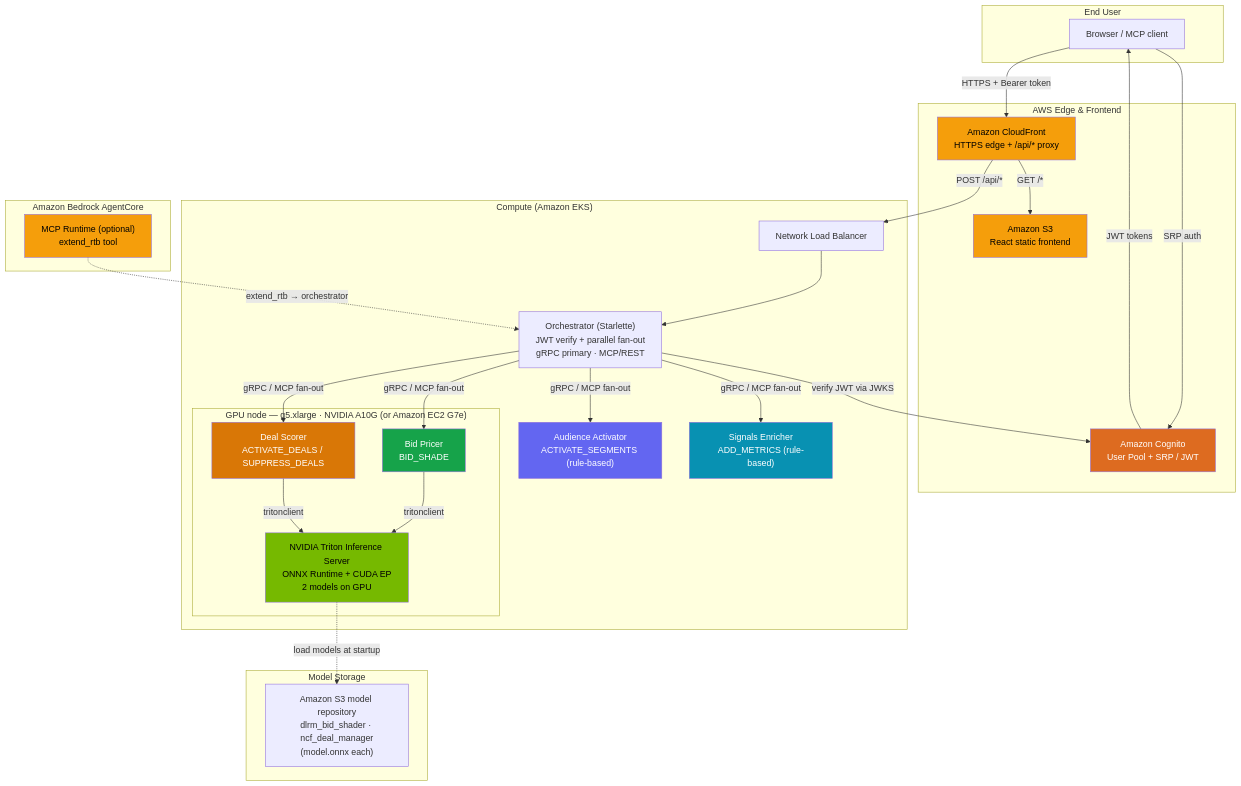
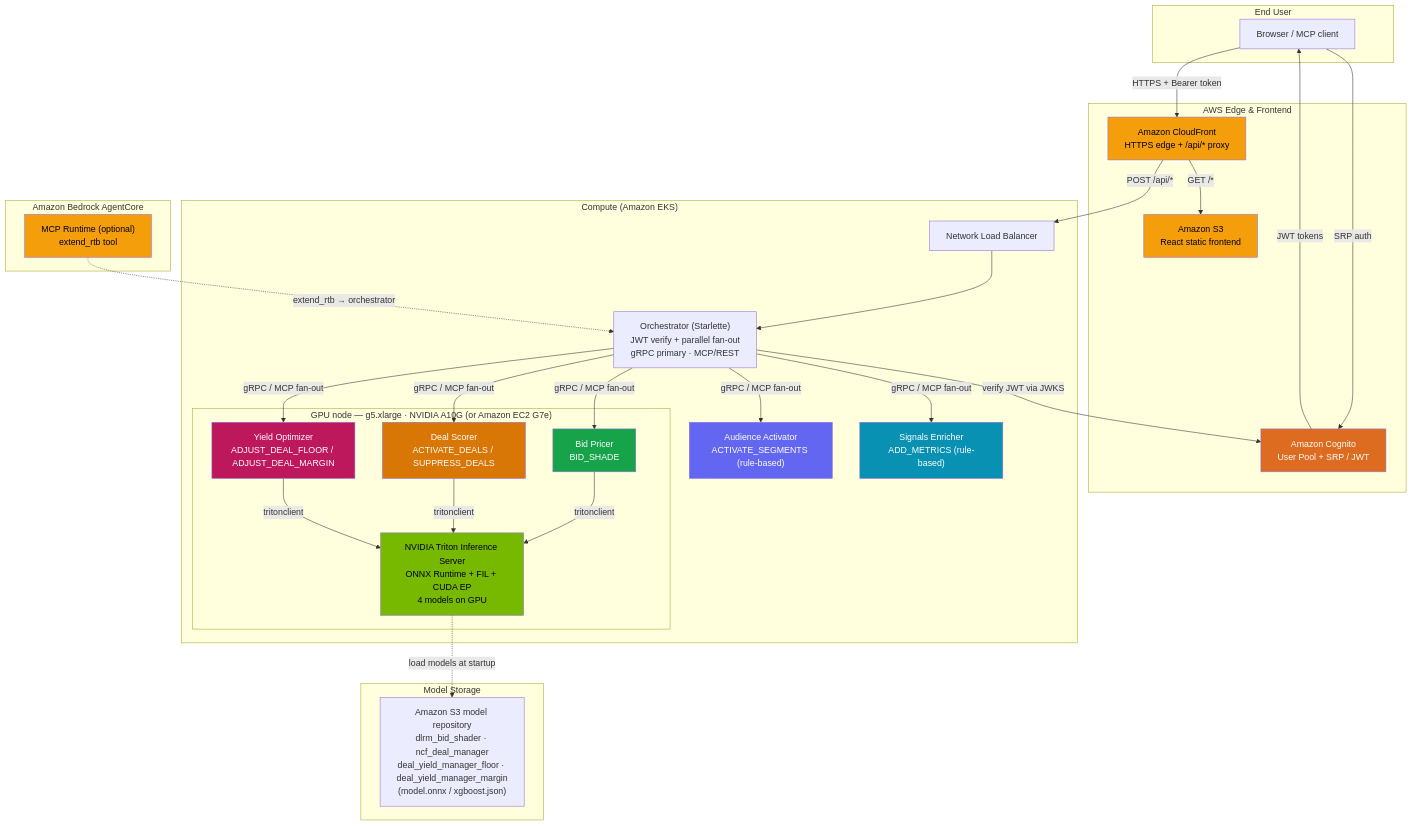
The diagram in assets/images/architecture.md (aws-solutions-library-samples/guidance-for-accelerator-optimized-agentic-bidding-on-aws), drawn with Mermaid before and after one commit. The commit also changed other lines of this file and 10 other files, not shown here.

````diff
--- a/assets/images/architecture.md
+++ b/assets/images/architecture.md
@@ -61,60 +64,64 @@
 ```mermaid
 graph TB
     subgraph User["End User"]
         Browser["Browser / MCP client"]
     end
 
     subgraph Edge["AWS Edge & Frontend"]
         CF["Amazon CloudFront<br/>HTTPS edge + /api/* proxy"]
         S3F["Amazon S3<br/>React static frontend"]
         COG["Amazon Cognito<br/>User Pool + SRP / JWT"]
     end
 
     subgraph EKS["Compute (Amazon EKS)"]
         NLB["Network Load Balancer"]
         ORCH["Orchestrator (Starlette)<br/>JWT verify + parallel fan-out<br/>gRPC primary · MCP/REST"]
 
         subgraph GPU["GPU node — g5.xlarge · NVIDIA A10G (or Amazon EC2 G7e)"]
-            TRITON["NVIDIA Triton Inference Server<br/>ONNX Runtime + CUDA EP<br/>2 models on GPU"]
+            TRITON["NVIDIA Triton Inference Server<br/>ONNX Runtime + FIL + CUDA EP<br/>4 models on GPU"]
             DLRM_C["Bid Pricer<br/>BID_SHADE"]
             NCF_C["Deal Scorer<br/>ACTIVATE_DEALS / SUPPRESS_DEALS"]
+            YIELD_C["Yield Optimizer<br/>ADJUST_DEAL_FLOOR / ADJUST_DEAL_MARGIN"]
         end
 
         WD_C["Audience Activator<br/>ACTIVATE_SEGMENTS (rule-based)"]
         MET_C["Signals Enricher<br/>ADD_METRICS (rule-based)"]
     end
 
     subgraph Models["Model Storage"]
-        S3M["Amazon S3 model repository<br/>dlrm_bid_shader · ncf_deal_manager<br/>(model.onnx each)"]
+        S3M["Amazon S3 model repository<br/>dlrm_bid_shader · ncf_deal_manager<br/>deal_yield_manager_floor · deal_yield_manager_margin<br/>(model.onnx / xgboost.json)"]
     end
 
     subgraph Bedrock["Amazon Bedrock AgentCore"]
         AC["MCP Runtime (optional)<br/>extend_rtb tool"]
     end
 
     Browser -->|"SRP auth"| COG
     COG -->|"JWT tokens"| Browser
     Browser -->|"HTTPS + Bearer token"| CF
     CF -->|"GET /*"| S3F
     CF -->|"POST /api/*"| NLB
     NLB --> ORCH
     ORCH -->|"verify JWT via JWKS"| COG
     ORCH -->|"gRPC / MCP fan-out"| DLRM_C
     ORCH -->|"gRPC / MCP fan-out"| WD_C
     ORCH -->|"gRPC / MCP fan-out"| NCF_C
     ORCH -->|"gRPC / MCP fan-out"| MET_C
+    ORCH -->|"gRPC / MCP fan-out"| YIELD_C
     DLRM_C -->|"tritonclient"| TRITON
     NCF_C -->|"tritonclient"| TRITON
+    YIELD_C -->|"tritonclient"| TRITON
     TRITON -.->|"load models at startup"| S3M
     AC -.->|"extend_rtb → orchestrator"| ORCH
 
     style TRITON fill:#76b900,color:#000
     style DLRM_C fill:#16a34a,color:#fff
     style WD_C fill:#6366f1,color:#fff
     style NCF_C fill:#d97706,color:#fff
     style MET_C fill:#0891b2,color:#fff
+    style YIELD_C fill:#be185d,color:#fff
     style CF fill:#f59e0b,color:#000
     style S3F fill:#f59e0b,color:#000
     style COG fill:#dd6b20,color:#fff
     style AC fill:#f59e0b,color:#000
 ```
````
